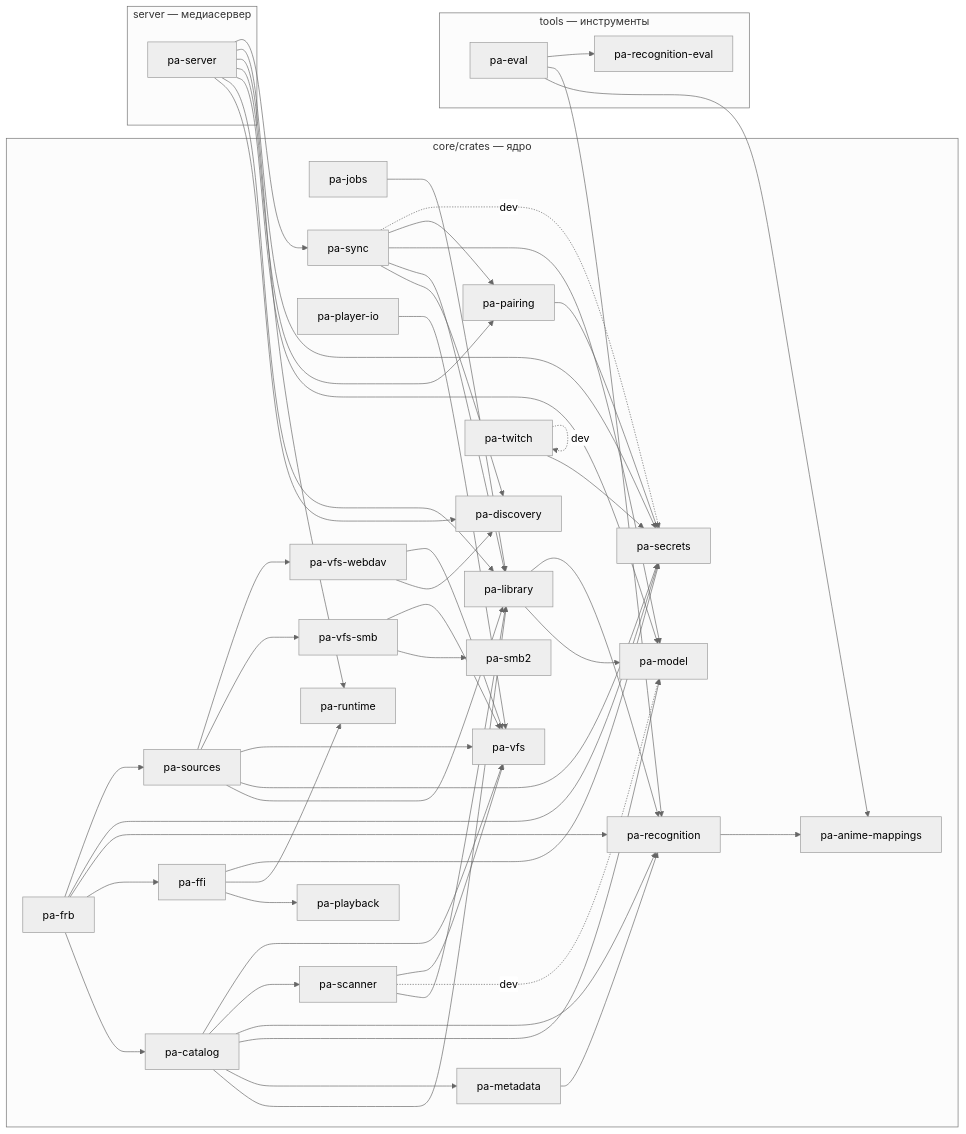
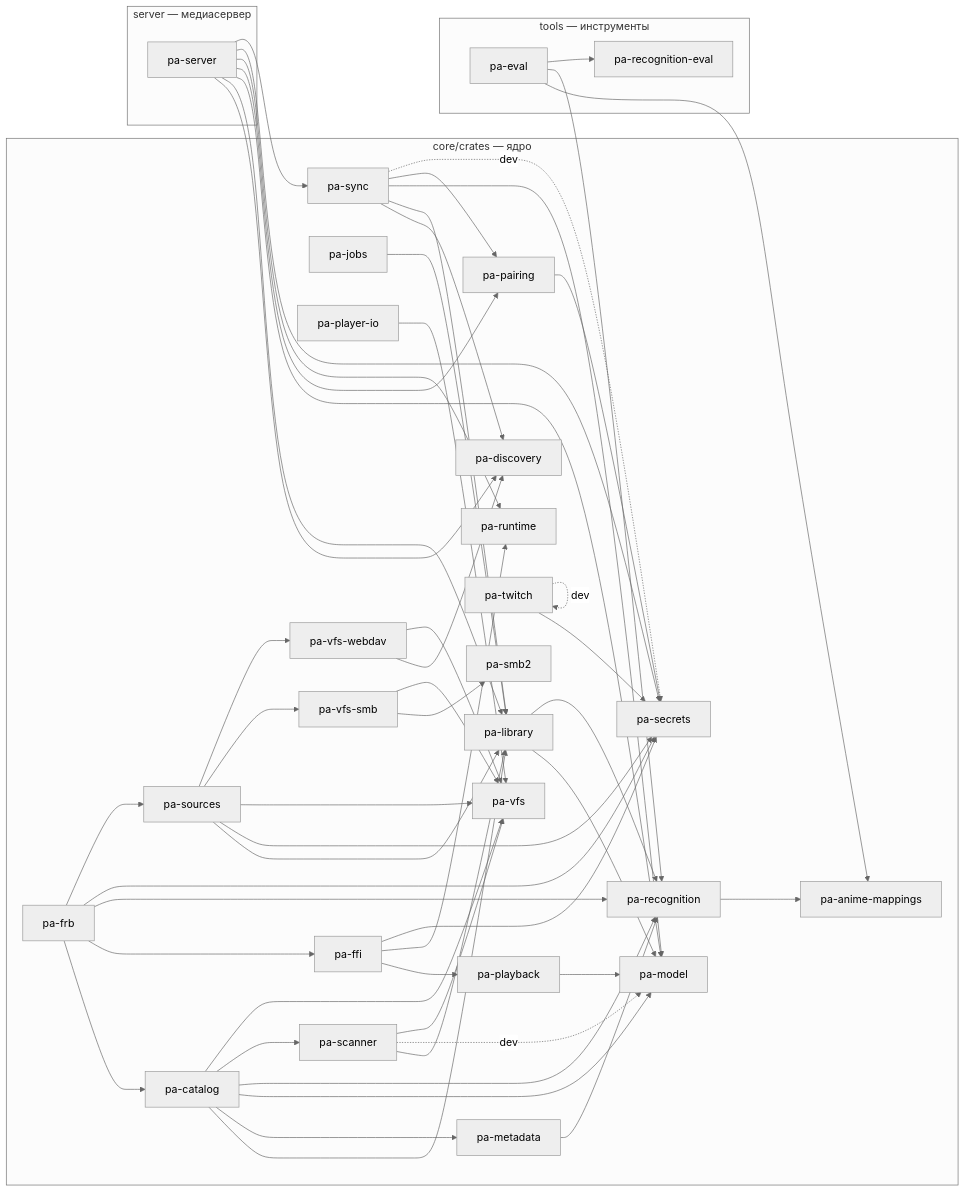
The diagram in docs/dev/crate-graph.md (DenisHumen/project_alpha), drawn with Mermaid (neutral theme) before and after one commit. The commit also changed other lines of this file, not shown here.

Commit message:
docs(dev): regenerate crate graph for pa-playback -> pa-model [PLAY-005]

```diff
--- a/docs/dev/crate-graph.md
+++ b/docs/dev/crate-graph.md
@@ -65,6 +65,7 @@
   pa_library --> pa_recognition
   pa_metadata --> pa_recognition
   pa_pairing --> pa_secrets
+  pa_playback --> pa_model
   pa_player_io --> pa_vfs
   pa_recognition --> pa_anime_mappings
   pa_scanner --> pa_library
```
